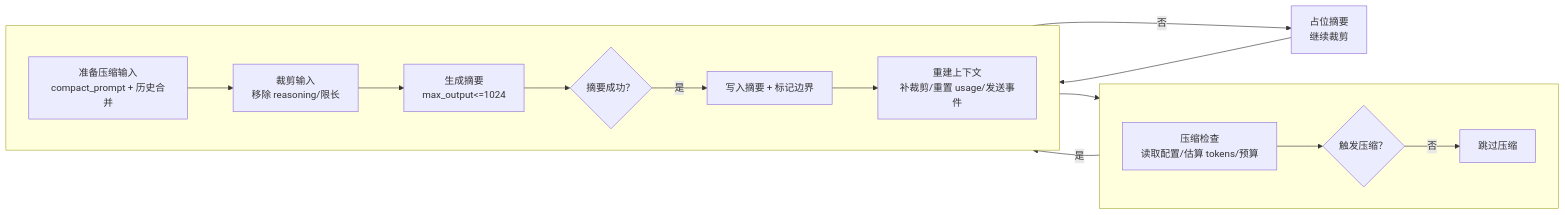
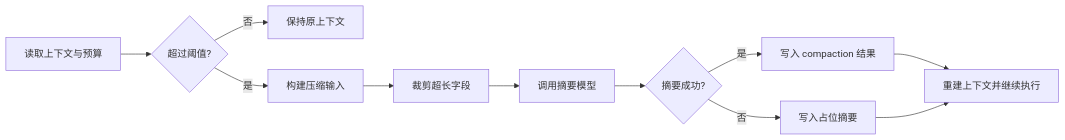
Before and after one commit to ylsdamxssjxxdd/wunder: the seventh of 7 diagrams in docs/系统介绍.md, drawn with Mermaid. The commit also changed other lines of this file and 20 other files, not shown here.

````diff
--- a/docs/系统介绍.md
+++ b/docs/系统介绍.md
@@ -210,16 +247,13 @@
 ```mermaid
 flowchart LR
-  subgraph Row1[" "]
-    direction LR
-    A["压缩检查<br/>读取配置/估算 tokens/预算"] --> B{"触发压缩？"} -->|否| Z["跳过压缩"]
-  end
-
-  subgraph Row2[" "]
-    direction LR
-    C["准备压缩输入<br/>compact_prompt + 历史合并"] --> D["裁剪输入<br/>移除 reasoning/限长"] --> E["生成摘要<br/>max_output<=1024"] --> F{"摘要成功？"}
-    F -- "是" --> H["写入摘要 + 标记边界"] --> I["重建上下文<br/>补裁剪/重置 usage/发送事件"] --> Z
-  end
-
-  B -- "是" --> C
-  F -- "否" --> G["占位摘要<br/>继续裁剪"] --> H
+  A[读取上下文与预算] --> B{超过阈值?}
+  B -- 否 --> K[保持原上下文]
+  B -- 是 --> C[构建压缩输入]
+  C --> D[裁剪超长字段]
+  D --> E[调用摘要模型]
+  E --> F{摘要成功?}
+  F -- 是 --> G[写入 compaction 结果]
+  F -- 否 --> H[写入占位摘要]
+  G --> I[重建上下文并继续执行]
+  H --> I
 ```
````
